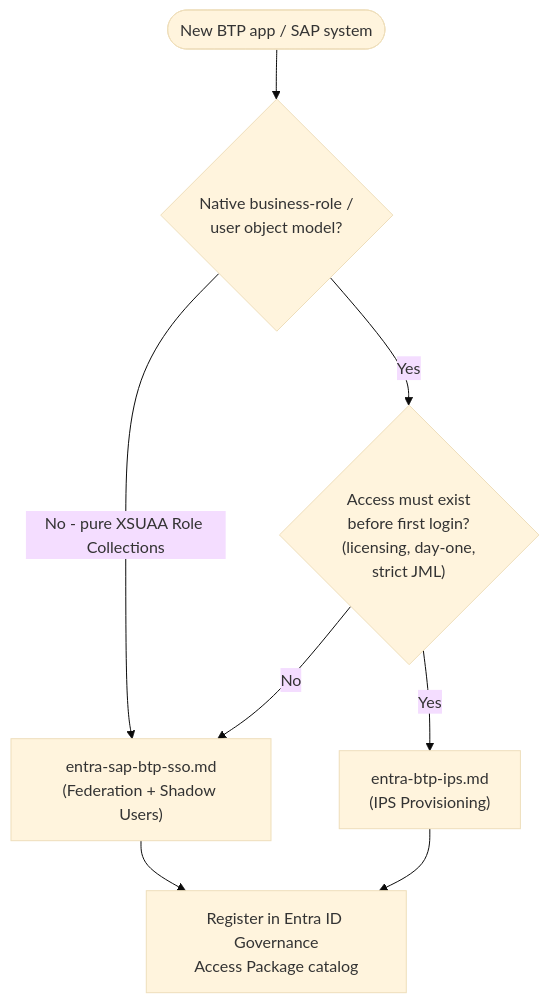
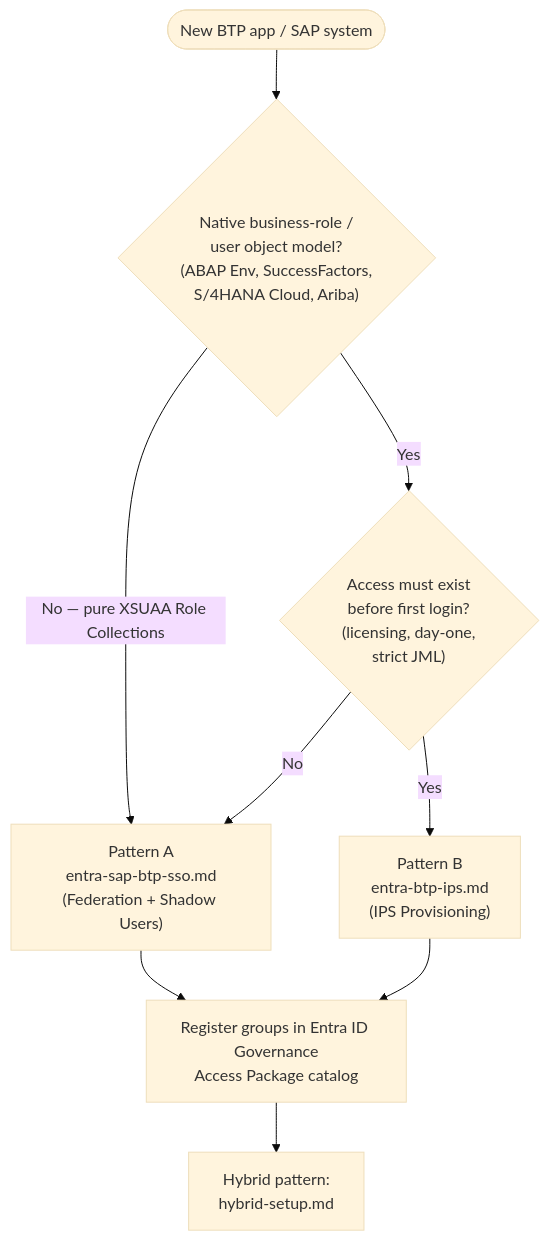
The diagram in designing-the-architecture/README.md (Microtechx-GmbH/SAP-BTP-CoE), drawn with Mermaid (base theme) before and after one commit. The commit also changed other lines of this file and 3 other files, not shown here.

Commit message:
feat: updated with refined information in the designing-the-architecture repo

````diff
--- a/designing-the-architecture/README.md
+++ b/designing-the-architecture/README.md
@@ -25,10 +23,11 @@
 ```mermaid
 flowchart TD
-    Start(["New BTP app / SAP system"]) --> Q1{"Native business-role /\nuser object model?"}
-    Q1 -->|No - pure XSUAA Role Collections| A["entra-sap-btp-sso.md\n(Federation + Shadow Users)"]
+    Start(["New BTP app / SAP system"]) --> Q1{"Native business-role /\nuser object model?\n(ABAP Env, SuccessFactors,\nS/4HANA Cloud, Ariba)"}
+    Q1 -->|No — pure XSUAA Role Collections| A["Pattern A\nentra-sap-btp-sso.md\n(Federation + Shadow Users)"]
     Q1 -->|Yes| Q2{"Access must exist\nbefore first login?\n(licensing, day-one,\nstrict JML)"}
-    Q2 -->|Yes| B["entra-btp-ips.md\n(IPS Provisioning)"]
+    Q2 -->|Yes| B["Pattern B\nentra-btp-ips.md\n(IPS Provisioning)"]
     Q2 -->|No| A
-    A --> Gov["Register in Entra ID Governance\nAccess Package catalog"]
+    A --> Gov["Register groups in Entra ID Governance\nAccess Package catalog"]
     B --> Gov
+    Gov --> Hybrid["Hybrid pattern:\nhybrid-setup.md"]
 ```
````
